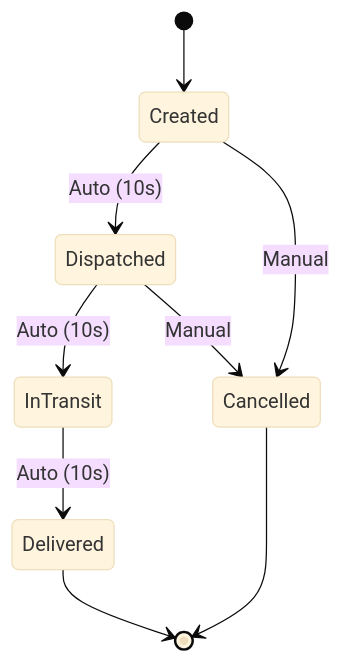
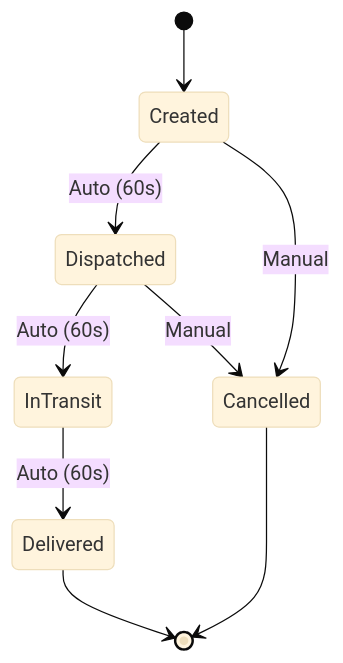
The second of 2 diagrams in README.md (Flack74/Delivery-Management-System), drawn with Mermaid (base theme) before and after one commit. The commit also changed other lines of this file and 36 other files, not shown here.

````diff
--- a/README.md
+++ b/README.md
@@ -307,11 +307,11 @@
 ```mermaid
 stateDiagram-v2
     [*] --> Created
-    Created --> Dispatched: Auto (10s)
+    Created --> Dispatched: Auto (60s)
     Created --> Cancelled: Manual
-    Dispatched --> InTransit: Auto (10s)
+    Dispatched --> InTransit: Auto (60s)
     Dispatched --> Cancelled: Manual
-    InTransit --> Delivered: Auto (10s)
+    InTransit --> Delivered: Auto (60s)
     Delivered --> [*]
     Cancelled --> [*]
 ```
````
